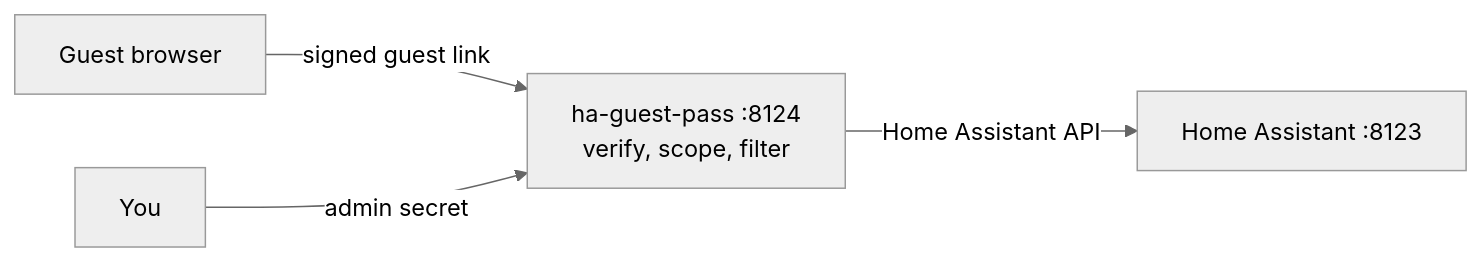
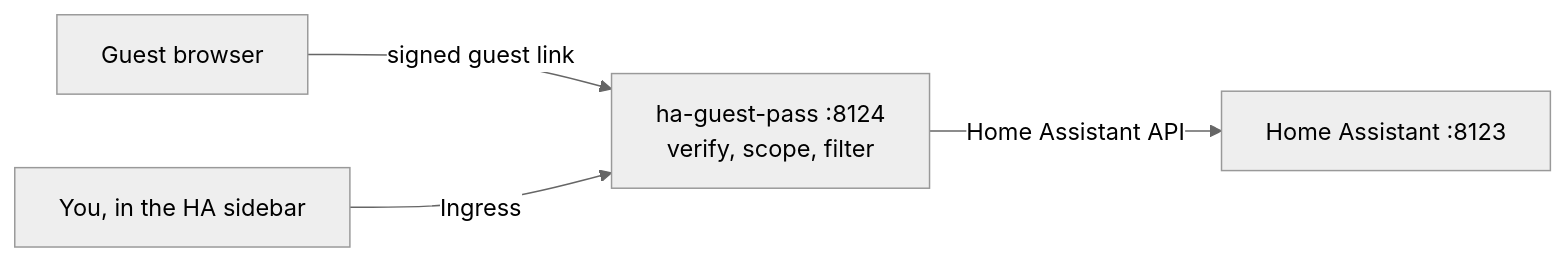
Before and after one commit to ahmadelsayed97/ha-guest-pass: the diagram in README.md, drawn with Mermaid (neutral theme). The commit also changed other lines of this file and 30 other files, not shown here.

Commit message:
feat: open the admin page from the Home Assistant sidebar

````diff
--- a/README.md
+++ b/README.md
@@ -15,7 +15,7 @@
 ```mermaid
 flowchart LR
     proxy["ha-guest-pass :8124<br/>verify, scope, filter"]
     guest["Guest browser"] -->|"signed guest link"| proxy
-    you["You"] -->|"admin secret"| proxy
+    you["You, in the HA sidebar"] -->|"Ingress"| proxy
     proxy -->|"Home Assistant API"| ha["Home Assistant :8123"]
 ```
````
